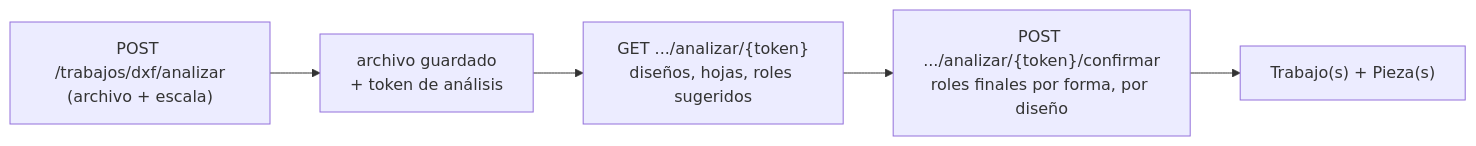
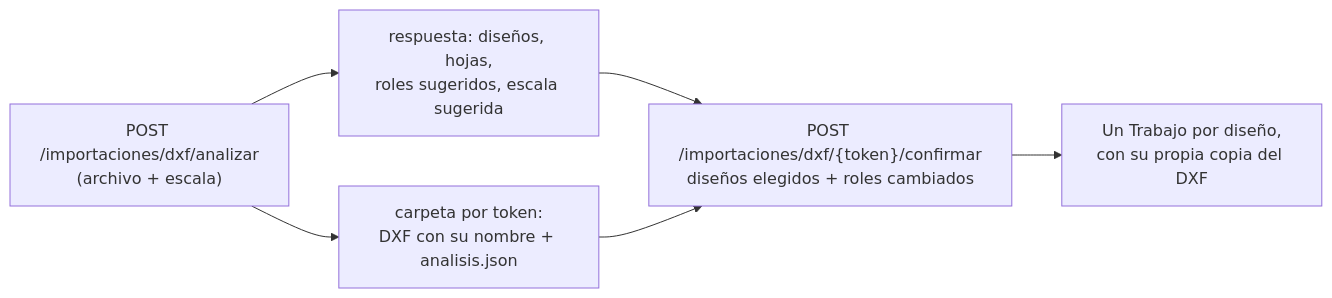
One commit to enzopazzelli/carteleria changed the second of 3 diagrams in docs/PLAN-ANALISIS-DXF.md. Above: the diagram before and after it, drawn with Mermaid. The commit also changed other lines of this file and 3 other files, not shown here.

First line of the commit message:
feat(api): confirmar una importacion y crear un trabajo por disenio

````diff
--- a/docs/PLAN-ANALISIS-DXF.md
+++ b/docs/PLAN-ANALISIS-DXF.md
@@ -52,7 +52,8 @@
 ```mermaid
 flowchart LR
-    A["POST /trabajos/dxf/analizar<br/>(archivo + escala)"] --> T["archivo guardado<br/>+ token de análisis"]
-    T --> B["GET .../analizar/{token}<br/>diseños, hojas, roles sugeridos"]
-    B --> C["POST .../analizar/{token}/confirmar<br/>roles finales por forma, por diseño"]
-    C --> D["Trabajo(s) + Pieza(s)"]
+    A["POST /importaciones/dxf/analizar<br/>(archivo + escala)"] --> T["carpeta por token:<br/>DXF con su nombre + analisis.json"]
+    A --> B["respuesta: diseños, hojas,<br/>roles sugeridos, escala sugerida"]
+    B --> C["POST /importaciones/dxf/{token}/confirmar<br/>diseños elegidos + roles cambiados"]
+    T --> C
+    C --> D["Un Trabajo por diseño,<br/>con su propia copia del DXF"]
 ```
````
